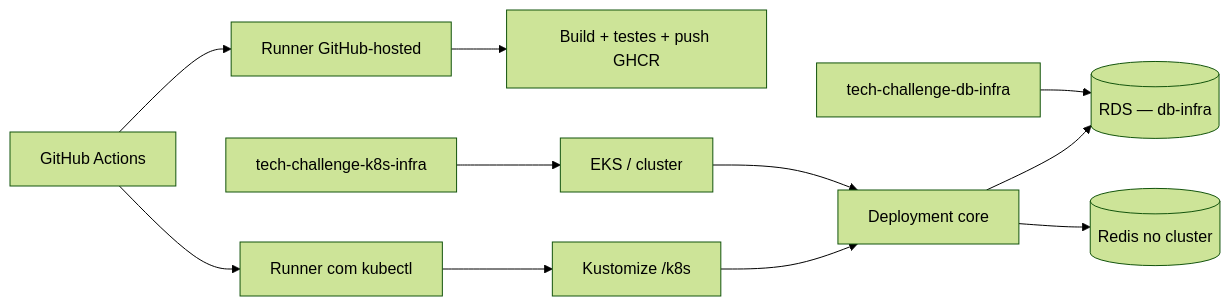
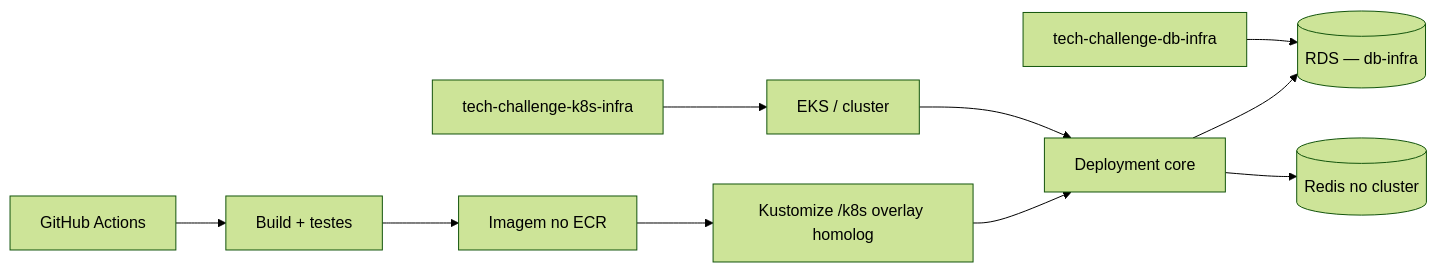
One commit to fiap-pos-2026/tech-challenge-core changed the second of 2 diagrams in README.md. Above: the diagram before and after it, drawn with Mermaid (forest theme). The commit also changed other lines of this file and 8 other files, not shown here.

````diff
--- a/README.md
+++ b/README.md
@@ -217,13 +217,12 @@
 ```mermaid
 flowchart LR
-  GA[GitHub Actions] --> Hosted[Runner GitHub-hosted]
-  Hosted --> Build[Build + testes + push GHCR]
-  GA --> Runner[Runner com kubectl]
-  Runner --> K[Kustomize /k8s]
+  GA[GitHub Actions] --> Build[Build + testes]
+  Build --> ECR[Imagem no ECR]
+  ECR --> K[Kustomize /k8s overlay homolog]
   K --> Core[Deployment core]
   Core --> PG[(RDS — db-infra)]
   Core --> Redis[(Redis no cluster)]
   DBInfra[tech-challenge-db-infra] --> PG
   K8sInfra[tech-challenge-k8s-infra] --> EKS[EKS / cluster]
   EKS --> Core
 ```
````
